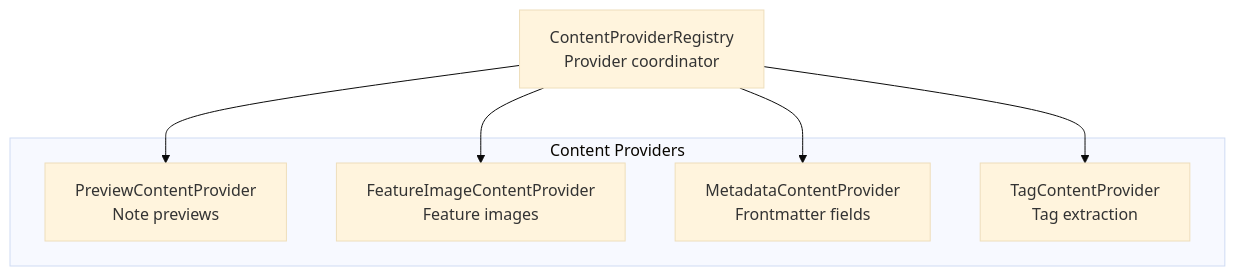
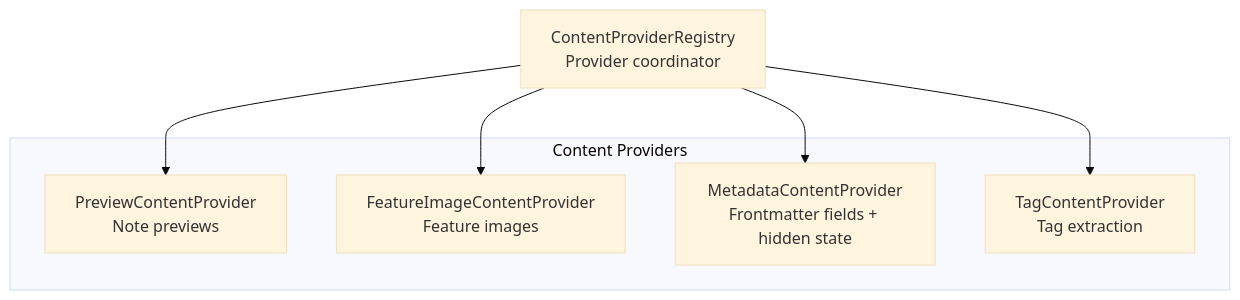
One commit to psxvoid/notebook-navigator changed the fourth of 4 diagrams in docs/service-architecture.md. Above: the diagram before and after it, drawn with Mermaid (base theme). The commit also changed other lines of this file and 3 other files, not shown here.

````diff
--- a/docs/service-architecture.md
+++ b/docs/service-architecture.md
@@ -80,16 +100,16 @@
 ```mermaid
 graph TB
     ContentRegistry["ContentProviderRegistry<br/>Provider coordinator"]
 
     subgraph "Content Providers"
         PreviewProvider["PreviewContentProvider<br/>Note previews"]
         ImageProvider["FeatureImageContentProvider<br/>Feature images"]
-        MetadataProvider["MetadataContentProvider<br/>Frontmatter fields"]
+        MetadataProvider["MetadataContentProvider<br/>Frontmatter fields + hidden state"]
         TagProvider["TagContentProvider<br/>Tag extraction"]
     end
 
     ContentRegistry --> PreviewProvider
     ContentRegistry --> ImageProvider
     ContentRegistry --> MetadataProvider
     ContentRegistry --> TagProvider
 ```
````
